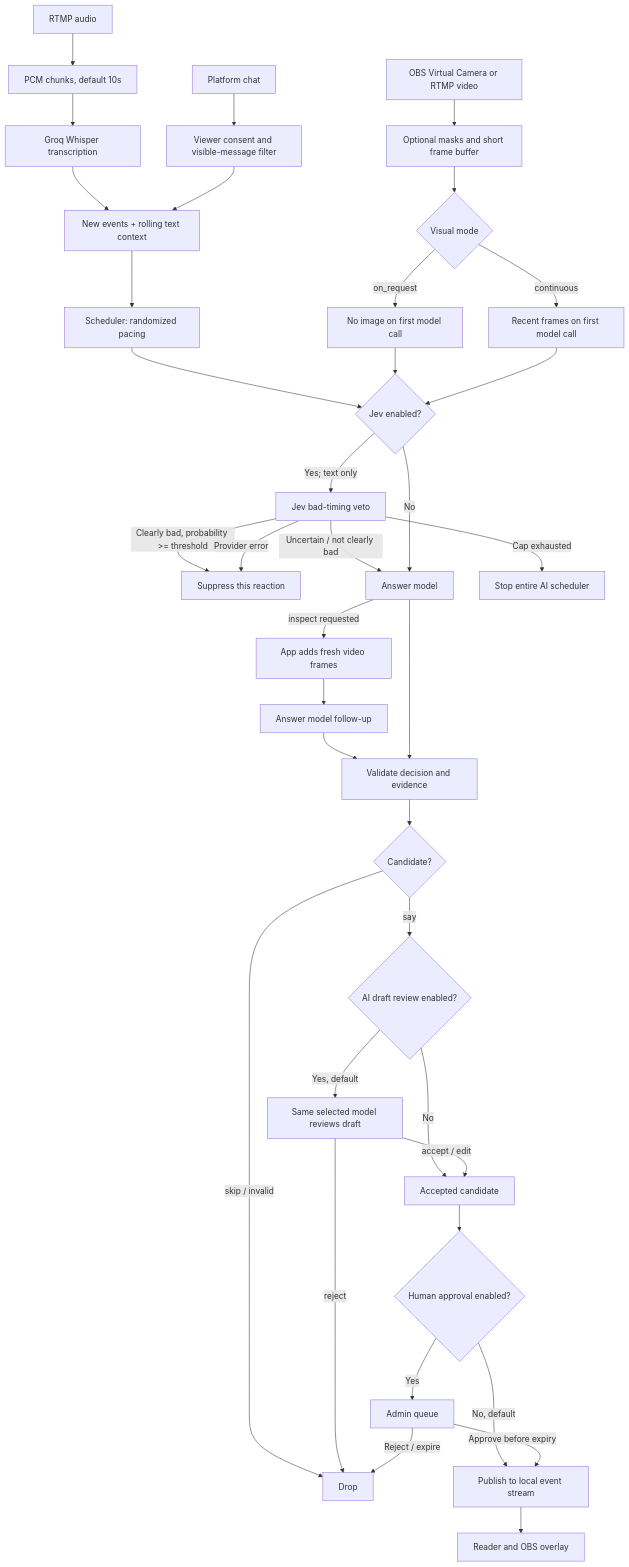
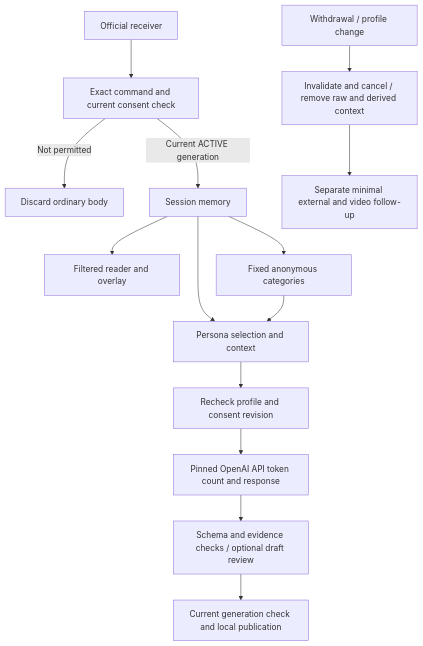
Before and after one commit to lllllrad/ai-fake-viewer: the diagram in AI_FLOW.md, drawn with Mermaid. The commit also changed other lines of this file and 36 other files, not shown here.

Commit message:
Implement memory-only staged consent and privacy operations profile

````diff
--- a/AI_FLOW.md
+++ b/AI_FLOW.md
@@ -23,39 +21,16 @@
 ```mermaid
 flowchart TD
-  A[RTMP audio] --> B[PCM chunks, default 10s]
-  B --> C[Groq Whisper transcription]
-  D[Platform chat] --> E[Viewer consent and visible-message filter]
-  C --> F[New events + rolling text context]
-  E --> F
-  G[OBS Virtual Camera or RTMP video] --> H[Optional masks and short frame buffer]
-  F --> I[Scheduler: randomized pacing]
-  H --> J{Visual mode}
-  J -->|on_request| K[No image on first model call]
-  J -->|continuous| L[Recent frames on first model call]
-  I --> M{Jev enabled?}
-  K --> M
-  L --> M
-  M -->|Yes; text only| N[Jev bad-timing veto]
-  N -->|Clearly bad, probability >= threshold| O[Suppress this reaction]
-  N -->|Uncertain / not clearly bad| P[Answer model]
-  N -->|Provider error| O
-  N -->|Cap exhausted| Q[Stop entire AI scheduler]
-  M -->|No| P
-  P -->|inspect requested| R[App adds fresh video frames]
-  R --> S[Answer model follow-up]
-  S --> T[Validate decision and evidence]
-  P --> T
-  T --> U{Candidate?}
-  U -->|skip / invalid| V[Drop]
-  U -->|say| W{AI draft review enabled?}
-  W -->|Yes, default| X[Same selected model reviews draft]
-  W -->|No| Y[Accepted candidate]
-  X -->|reject| V
-  X -->|accept / edit| Y
-  Y --> Z{Human approval enabled?}
-  Z -->|Yes| AA[Admin queue]
-  Z -->|No, default| AB[Publish to local event stream]
-  AA -->|Approve before expiry| AB
-  AA -->|Reject / expire| V
-  AB --> AC[Reader and OBS overlay]
+  A[Official receiver] --> B[Exact command and current consent check]
+  B -->|Not permitted| C[Discard ordinary body]
+  B -->|Current ACTIVE generation| D[Session memory]
+  D --> E[Filtered reader and overlay]
+  D --> F[Fixed anonymous categories]
+  D --> G[Persona selection and context]
+  F --> G
+  G --> H[Recheck profile and consent revision]
+  H --> I[Pinned OpenAI API token count and response]
+  I --> J[Schema and evidence checks / optional draft review]
+  J --> K[Current generation check and local publication]
+  W[Withdrawal / profile change] --> L[Invalidate and cancel / remove raw and derived context]
+  L --> R[Separate minimal external and video follow-up]
 ```
````
